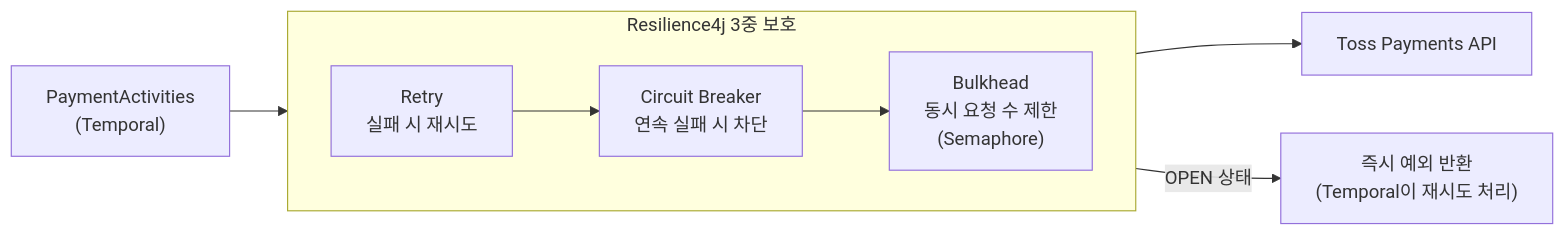
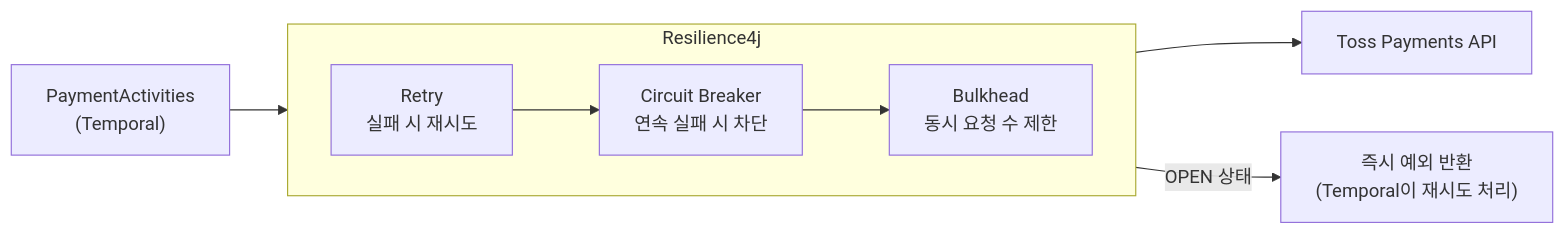
The ninth of 11 diagrams in spot-payment/README.md (spot-ticket/Spot), drawn with Mermaid before and after one commit. The commit also changed other lines of this file, not shown here.

````diff
--- a/spot-payment/README.md
+++ b/spot-payment/README.md
@@ -350,14 +349,14 @@
 ```mermaid
 flowchart LR
-    Activity["PaymentActivities\n(Temporal)"] --> Retry
+    Activity["PaymentActivities<br/>(Temporal)"] --> Retry
 
-    subgraph R4J["Resilience4j 3중 보호"]
+    subgraph R4J["Resilience4j"]
         direction LR
-        Retry["Retry\n실패 시 재시도"] --> CB["Circuit Breaker\n연속 실패 시 차단"]
-        CB --> BH["Bulkhead\n동시 요청 수 제한\n(Semaphore)"]
+        Retry["Retry<br/>실패 시 재시도"] --> CB["Circuit Breaker<br/>연속 실패 시 차단"]
+        CB --> BH["Bulkhead<br/>동시 요청 수 제한"]
     end
 
     BH --> Toss["Toss Payments API"]
 
-    CB -->|OPEN 상태| Fallback["즉시 예외 반환\n(Temporal이 재시도 처리)"]
+    CB -->|OPEN 상태| Fallback["즉시 예외 반환<br/>(Temporal이 재시도 처리)"]
 ```
````
